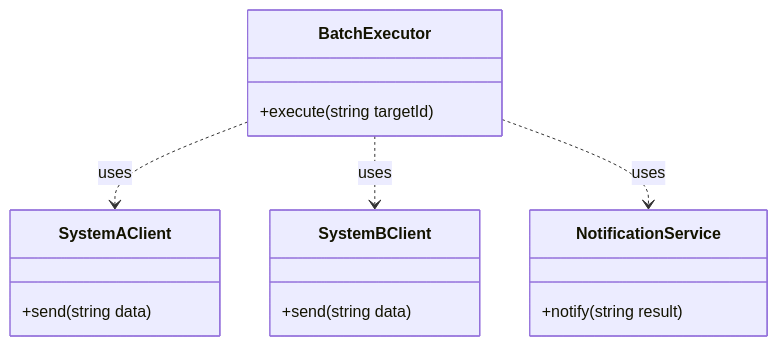
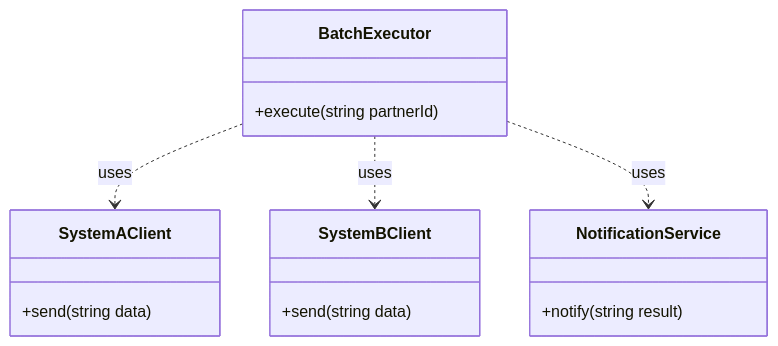
The third of 10 diagrams in kindle/design-patterns/output/chapter10.md (kumachan1101-pixel/DesignPattern), drawn with Mermaid before and after one commit. The commit also changed other lines of this file and 2 other files, not shown here.

Commit message:
fix: フェーズ間の中心メソッド引数名ブレを統一。第7章reduceStock(id,qty)→(productId,quantity)、第9章のuserTier→userType(7-1)、第10章フェーズ1-6のexecute(targetId)→(partnerId)。第5章の引数直書き(密結合の教材表現)と第1章のmemberType除去(Strategy移譲)は意図的として維持

````diff
--- a/kindle/design-patterns/output/chapter10.md
+++ b/kindle/design-patterns/output/chapter10.md
@@ -181,18 +181,18 @@
 ```mermaid
 classDiagram
     class BatchExecutor {
-        +execute(string targetId)
+        +execute(string partnerId)
     }
     class SystemAClient {
         +send(string data)
     }
     class SystemBClient {
         +send(string data)
     }
     class NotificationService {
         +notify(string result)
     }
     BatchExecutor ..> SystemAClient : uses
     BatchExecutor ..> SystemBClient : uses
     BatchExecutor ..> NotificationService : uses
 ```
````
